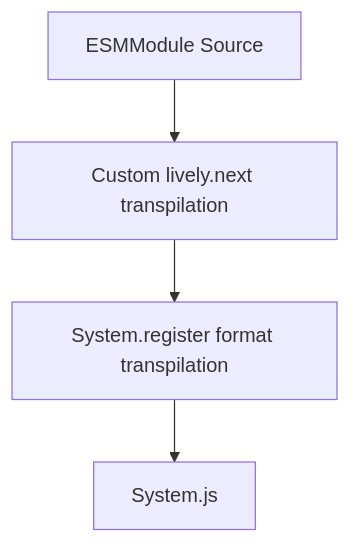
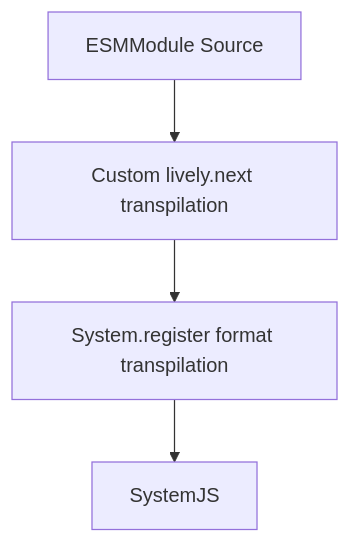
The first of 3 diagrams in explanation/modules.md (nextguys/lively-next-relaunch), drawn with Mermaid before and after one commit. The commit also changed other lines of this file and 3 other files, not shown here.

````diff
--- a/explanation/modules.md
+++ b/explanation/modules.md
@@ -161,9 +189,9 @@
 ```mermaid
 flowchart TD
 
     esm["ESMModule Source"]
     custom["Custom lively.next transpilation"]
     format["System.register format transpilation"]
-    system[System.js]
+    system[SystemJS]
     esm --> custom --> format --> system
 ```
````
